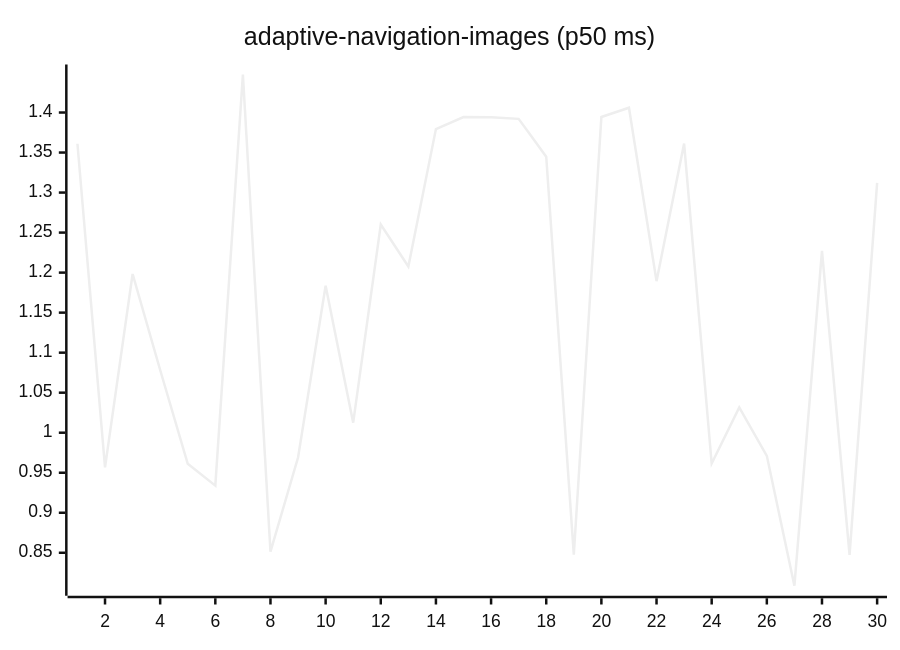
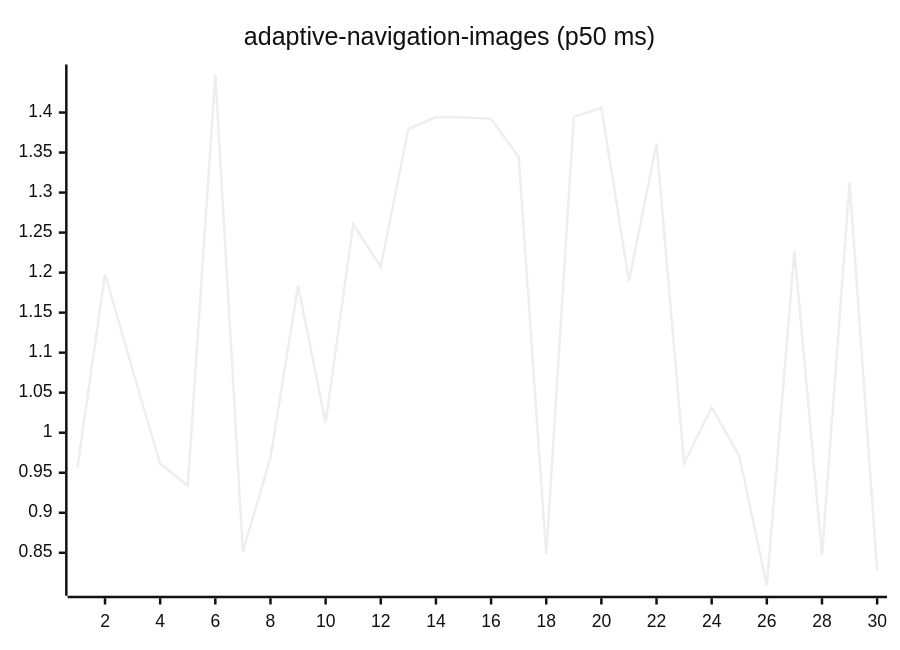
One commit to josha/Facet changed the first of 27 diagrams in README.md. Above: the diagram before and after it, drawn with Mermaid (neutral theme). The commit also changed other lines of this file and 2 other files, not shown here.

````diff
--- a/README.md
+++ b/README.md
@@ -63,6 +63,6 @@
 ```mermaid
 xychart-beta
     title "adaptive-navigation-images (p50 ms)"
     x-axis 1 --> 30
-    line [1.3610, 0.9567, 1.1983, 1.0783, 0.9612, 0.9339, 1.4475, 0.8514, 0.9690, 1.1835, 1.0125, 1.2600, 1.2076, 1.3793, 1.3944, 1.3942, 1.3921, 1.3447, 0.8475, 1.3944, 1.4060, 1.1893, 1.3612, 0.9615, 1.0317, 0.9711, 0.8088, 1.2271, 0.8473, 1.3121]
+    line [0.9567, 1.1983, 1.0783, 0.9612, 0.9339, 1.4475, 0.8514, 0.9690, 1.1835, 1.0125, 1.2600, 1.2076, 1.3793, 1.3944, 1.3942, 1.3921, 1.3447, 0.8475, 1.3944, 1.4060, 1.1893, 1.3612, 0.9615, 1.0317, 0.9711, 0.8088, 1.2271, 0.8473, 1.3121, 0.8274]
 ```
````
